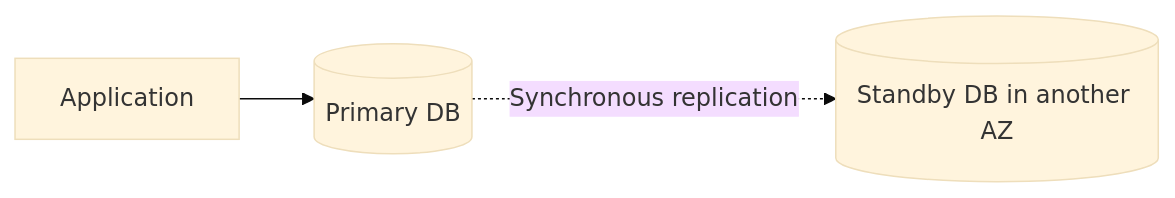
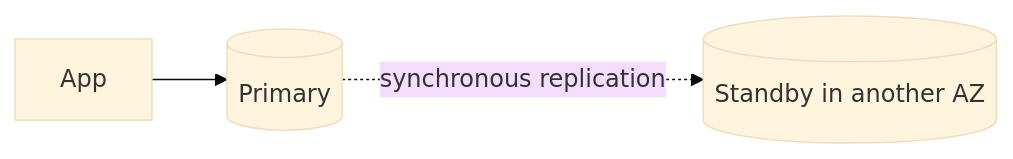
Before and after one commit to AvadhBhalodiya/Interview-Preparation: the fourth of 9 diagrams in src/content/devops/aws-core-services.md, drawn with Mermaid (base theme). The commit also changed other lines of this file and 54 other files, not shown here.

````diff
--- a/src/content/devops/aws-core-services.md
+++ b/src/content/devops/aws-core-services.md
@@ -581,5 +241,5 @@
 ```mermaid
 flowchart LR
-    App[Application] --> Primary[(Primary DB)]
-    Primary -. Synchronous replication .-> Standby[(Standby DB in another AZ)]
+    App --> Primary[(Primary)]
+    Primary -. synchronous replication .-> Standby[(Standby in another AZ)]
 ```
````
